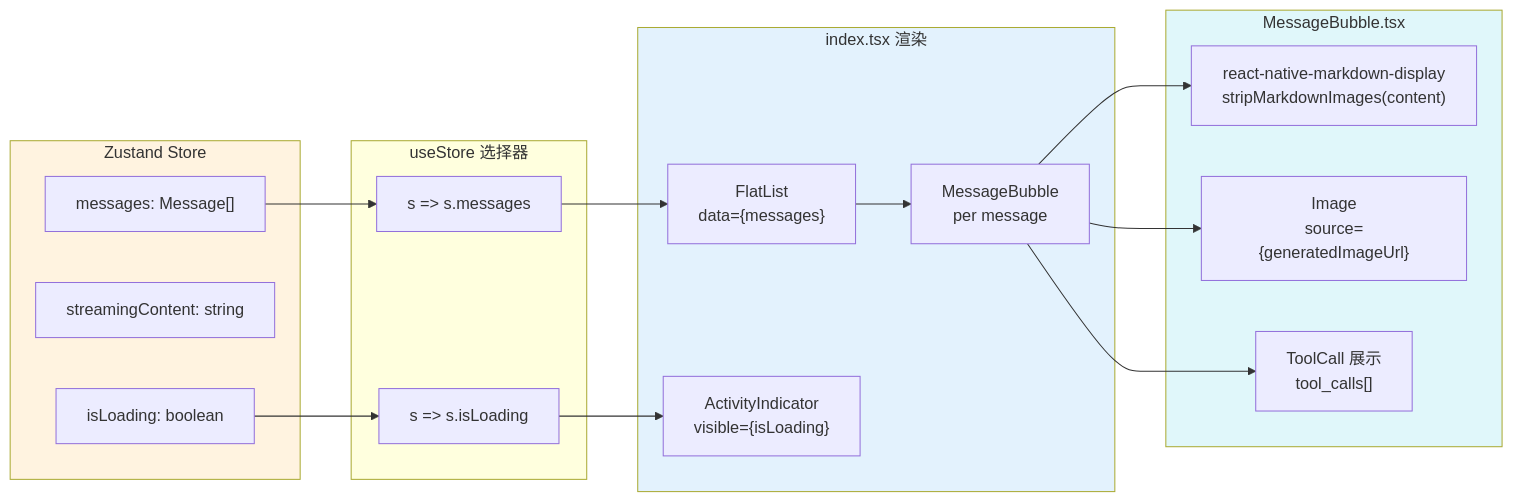
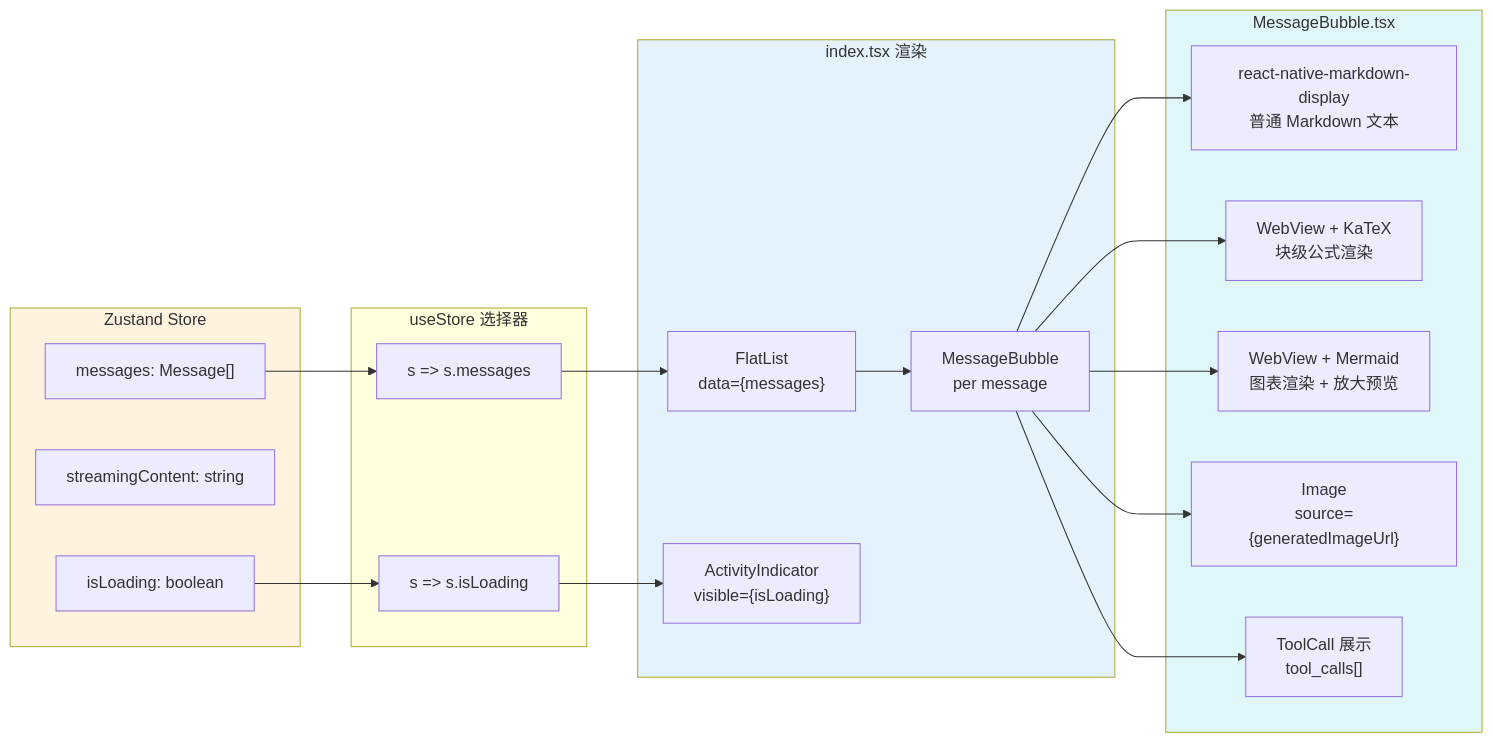
Before and after one commit to jitok123/AI-Assistant-Anywhere: the fourth of 5 diagrams in 架构文档/log11_streaming_state.md, drawn with Mermaid. The commit also changed other lines of this file and 24 other files, not shown here.

````diff
--- a/架构文档/log11_streaming_state.md
+++ b/架构文档/log11_streaming_state.md
@@ -145,36 +152,40 @@
 ```mermaid
 flowchart LR
     subgraph Zustand["Zustand Store"]
         ML["messages: Message[]"]
         SC["streamingContent: string"]
         IL["isLoading: boolean"]
     end
 
     subgraph Selectors["useStore 选择器"]
         S1["s => s.messages"]
         S2["s => s.isLoading"]
     end
 
     subgraph UI["index.tsx 渲染"]
         FL["FlatList<br/>data={messages}"]
         LI["ActivityIndicator<br/>visible={isLoading}"]
         MB["MessageBubble<br/>per message"]
     end
 
     subgraph Bubble["MessageBubble.tsx"]
-        MD["react-native-markdown-display<br/>stripMarkdownImages(content)"]
+        MD["react-native-markdown-display<br/>普通 Markdown 文本"]
+        LATEX["WebView + KaTeX<br/>块级公式渲染"]
+        MER["WebView + Mermaid<br/>图表渲染 + 放大预览"]
         IMG["Image<br/>source={generatedImageUrl}"]
         TC["ToolCall 展示<br/>tool_calls[]"]
     end
 
     ML --> S1 --> FL
     IL --> S2 --> LI
     FL --> MB
     MB --> MD
+    MB --> LATEX
+    MB --> MER
     MB --> IMG
     MB --> TC
 
     style Zustand fill:#FFF3E0
     style UI fill:#E3F2FD
     style Bubble fill:#E0F7FA
 ```
````
